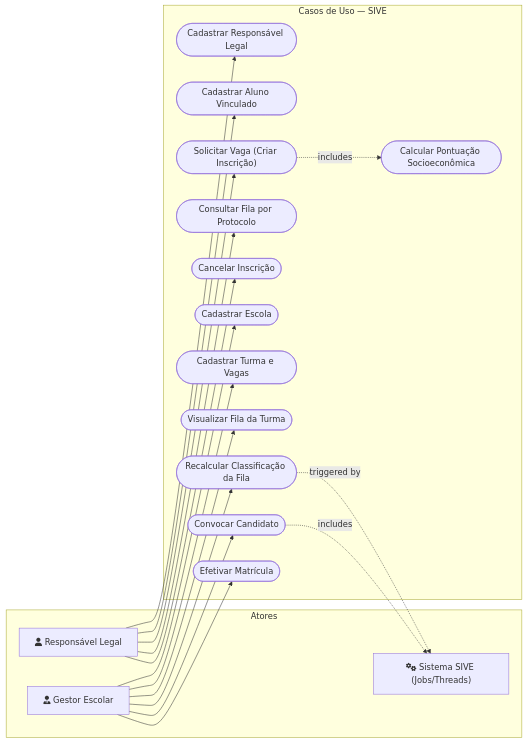
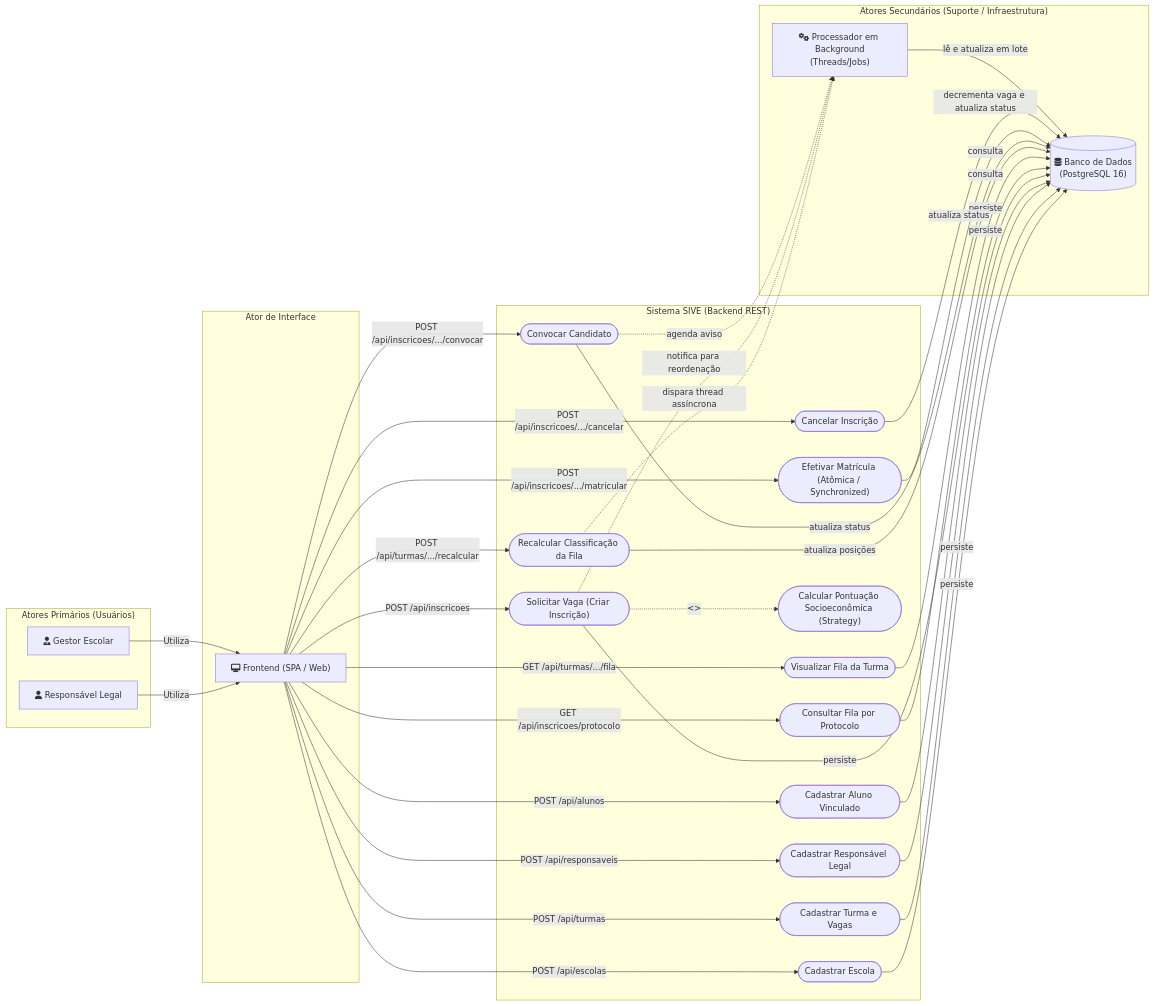
Before and after one commit to Sistema-Integrado-de-Vagas-Escolares/backend: the diagram in diagramas/diagrama-casos-de-uso.md, drawn with Mermaid. The commit also changed other lines of this file, not shown here.

Commit message:
docs: add use case diagram and traceability matrix for SIVE backend

````diff
--- a/diagramas/diagrama-casos-de-uso.md
+++ b/diagramas/diagrama-casos-de-uso.md
@@ -14,43 +22,75 @@
 ```mermaid
 flowchart LR
-    subgraph Atores
+    %% Atores Primários (Humanos)
+    subgraph AtoresHumanos["Atores Primários (Usuários)"]
         Resp["fa:fa-user Responsável Legal"]
         Admin["fa:fa-user-tie Gestor Escolar"]
-        Sist["fa:fa-cogs Sistema SIVE (Jobs/Threads)"]
     end
 
-    subgraph CasosDeUso["Casos de Uso — SIVE"]
+    %% Ator de Intermediação de Interface
+    subgraph Intermediario["Ator de Interface"]
+        Front["fa:fa-desktop Frontend (SPA / Web)"]
+    end
+
+    %% Fronteira do Sistema Backend
+    subgraph CasosDeUso["Sistema SIVE (Backend REST)"]
         UC01(["Cadastrar Escola"])
         UC02(["Cadastrar Turma e Vagas"])
         UC03(["Cadastrar Responsável Legal"])
         UC04(["Cadastrar Aluno Vinculado"])
         UC05(["Solicitar Vaga (Criar Inscrição)"])
-        UC06(["Calcular Pontuação Socioeconômica"])
+        UC06(["Calcular Pontuação Socioeconômica (Strategy)"])
         UC07(["Consultar Fila por Protocolo"])
         UC08(["Visualizar Fila da Turma"])
         UC09(["Recalcular Classificação da Fila"])
         UC10(["Convocar Candidato"])
-        UC11(["Efetivar Matrícula"])
+        UC11(["Efetivar Matrícula (Atômica / Synchronized)"])
         UC12(["Cancelar Inscrição"])
     end
 
-    %% Relações do Responsável
-    Resp --> UC03
-    Resp --> UC04
-    Resp --> UC05
-    Resp --> UC07
-    Resp --> UC12
+    %% Atores Secundários / Infraestrutura
+    subgraph AtoresSuporte["Atores Secundários (Suporte / Infraestrutura)"]
+        ThreadBatch["fa:fa-cogs Processador em Background\n(Threads/Jobs)"]
+        DB[("fa:fa-database Banco de Dados\n(PostgreSQL 16)")]
+    end
 
-    %% Relações do Administrador
-    Admin --> UC01
-    Admin --> UC02
-    Admin --> UC08
-    Admin --> UC09
-    Admin --> UC10
-    Admin --> UC11
+    %% Interação Humanos com Frontend
+    Resp -->|Utiliza| Front
+    Admin -->|Utiliza| Front
 
-    %% Inclusões e Extensões
-    UC05 -.->|includes| UC06
-    UC10 -.->|includes| Sist
-    UC09 -.->|triggered by| Sist
+    %% Frontend disparando Casos de Uso REST
+    Front -->|POST /api/responsaveis| UC03
+    Front -->|POST /api/alunos| UC04
+    Front -->|POST /api/inscricoes| UC05
+    Front -->|GET /api/inscricoes/protocolo| UC07
+    Front -->|POST /api/inscricoes/.../cancelar| UC12
+
+    Front -->|POST /api/escolas| UC01
+    Front -->|POST /api/turmas| UC02
+    Front -->|GET /api/turmas/.../fila| UC08
+    Front -->|POST /api/turmas/.../recalcular| UC09
+    Front -->|POST /api/inscricoes/.../convocar| UC10
+    Front -->|POST /api/inscricoes/.../matricular| UC11
+
+    %% Relacionamento de Inclusão interna
+    UC05 -.->|<<include>>| UC06
+
+    %% Interação com Threads em Background
+    UC09 -.->|dispara thread assíncrona| ThreadBatch
+    UC05 -.->|notifica para reordenação| ThreadBatch
+    UC10 -.->|agenda aviso| ThreadBatch
+
+    %% Interação com Banco de Dados (Persistência e Leitura)
+    UC01 -->|persiste| DB
+    UC02 -->|persiste| DB
+    UC03 -->|persiste| DB
+    UC04 -->|persiste| DB
+    UC05 -->|persiste| DB
+    UC07 -->|consulta| DB
+    UC08 -->|consulta| DB
+    UC09 -->|atualiza posições| DB
+    UC10 -->|atualiza status| DB
+    UC11 -->|decrementa vaga e atualiza status| DB
+    UC12 -->|atualiza status| DB
+    ThreadBatch -->|lê e atualiza em lote| DB
 ```
````
